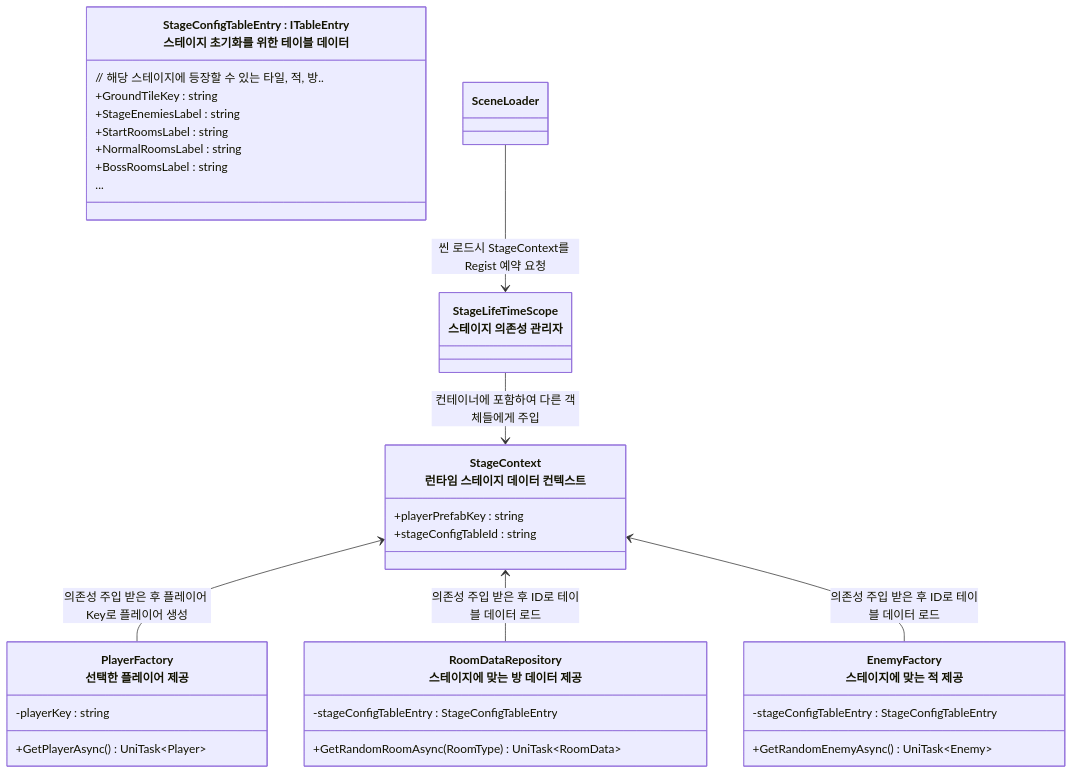
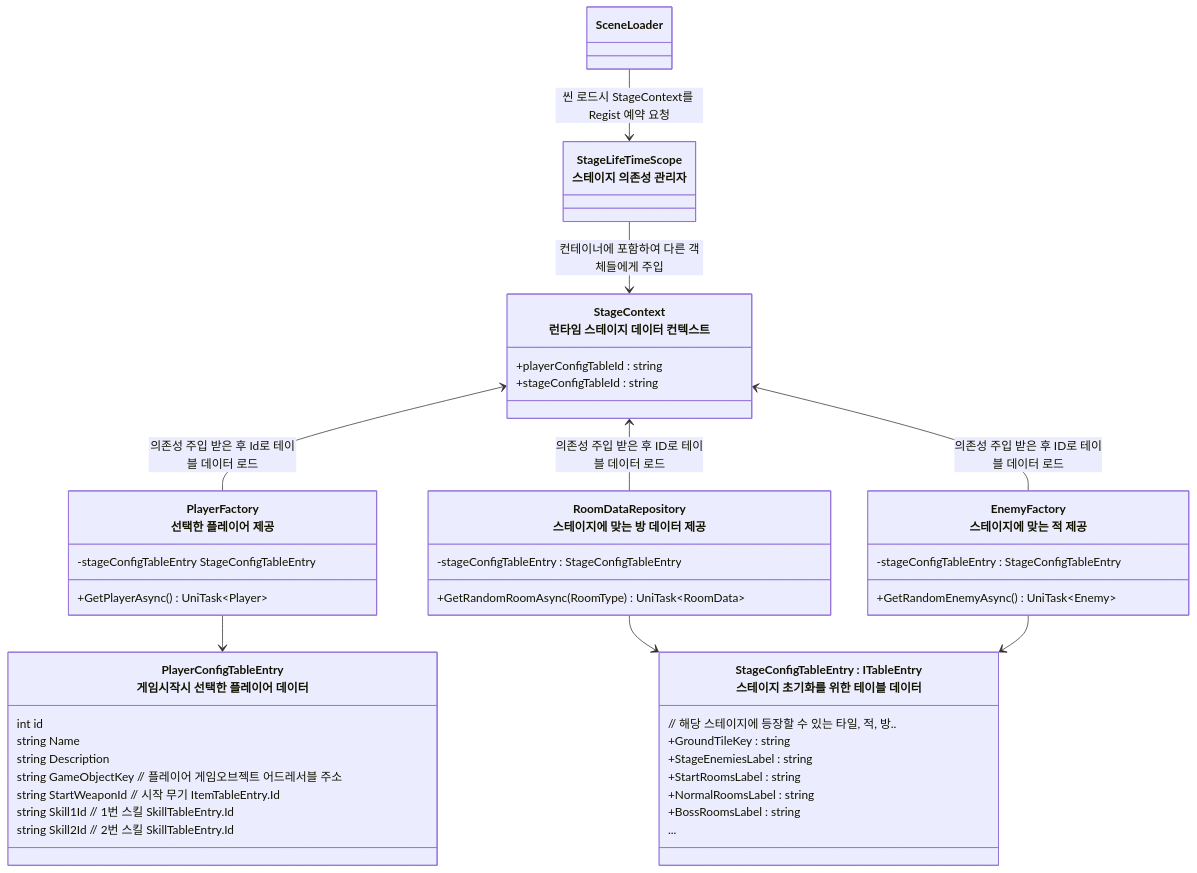
The third of 5 diagrams in README/스테이지_설계.md (JIN5EOK/DungeonShooter), drawn with Mermaid before and after one commit. The commit also changed 2 other files, not shown here.

Commit message:
docs: 플레이어 캐릭터 테이블 데이터 설계 추가

````diff
--- a/README/스테이지_설계.md
+++ b/README/스테이지_설계.md
@@ -116,39 +116,51 @@
 ```mermaid
 classDiagram
     class StageContext["StageContext<br>런타임 스테이지 데이터 컨텍스트"]{
-        +playerPrefabKey : string
+        +playerConfigTableId : string
         +stageConfigTableId : string
     }
     
     class RoomDataRepository["RoomDataRepository<br>스테이지에 맞는 방 데이터 제공"]{
         -stageConfigTableEntry : StageConfigTableEntry
         +GetRandomRoomAsync(RoomType) UniTask~RoomData~
     }
     
     class EnemyFactory["EnemyFactory<br>스테이지에 맞는 적 제공"]{
         -stageConfigTableEntry : StageConfigTableEntry
         +GetRandomEnemyAsync() UniTask~Enemy~
     }
 
     class PlayerFactory["PlayerFactory<br>선택한 플레이어 제공"]{
-        -playerKey : string
+        -stageConfigTableEntry StageConfigTableEntry
         +GetPlayerAsync() UniTask~Player~
     }
     
     class StageConfigTableEntry["StageConfigTableEntry : ITableEntry<br>스테이지 초기화를 위한 테이블 데이터"]{
         // 해당 스테이지에 등장할 수 있는 타일, 적, 방..
         +GroundTileKey : string
         +StageEnemiesLabel : string
         +StartRoomsLabel : string
         +NormalRoomsLabel : string
         +BossRoomsLabel : string
         ...
     }
 
+    class PlayerConfigTableEntry["PlayerConfigTableEntry<br>게임시작시 선택한 플레이어 데이터"]{
+        int id
+        string Name
+        string Description
+        string GameObjectKey // 플레이어 게임오브젝트 어드레서블 주소
+        string StartWeaponId // 시작 무기 ItemTableEntry.Id
+        string Skill1Id // 1번 스킬 SkillTableEntry.Id
+        string Skill2Id // 2번 스킬 SkillTableEntry.Id
+    }
     SceneLoader --> StageLifeTimeScope : 씬 로드시 StageContext를 Regist 예약 요청
     class StageLifeTimeScope["StageLifeTimeScope<br>스테이지 의존성 관리자"]
-    StageContext <-- PlayerFactory : 의존성 주입 받은 후 플레이어 Key로 플레이어 생성
+    StageContext <-- PlayerFactory : 의존성 주입 받은 후 Id로 테이블 데이터 로드
     StageLifeTimeScope --> StageContext  : 컨테이너에 포함하여 다른 객체들에게 주입
     StageContext <-- RoomDataRepository : 의존성 주입 받은 후 ID로 테이블 데이터 로드
     StageContext <-- EnemyFactory : 의존성 주입 받은 후 ID로 테이블 데이터 로드
+    RoomDataRepository --> StageConfigTableEntry
+    EnemyFactory --> StageConfigTableEntry
+    PlayerFactory --> PlayerConfigTableEntry
 ```
````
